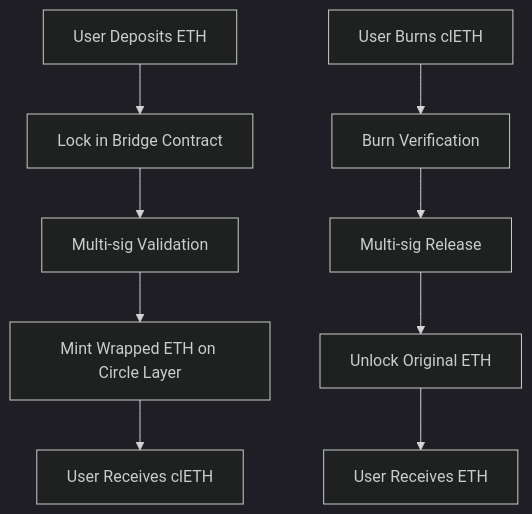
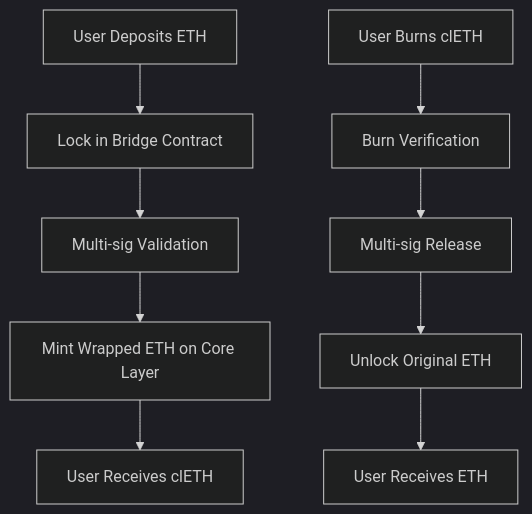
The diagram in docs/development/cross-chain-bridge.md (CLayer-dev/docs), drawn with Mermaid (dark theme) before and after one commit. The commit also changed other lines of this file and 82 other files, not shown here.

Commit message:
updated to circle layer to core layerfor rebranding

````diff
--- a/docs/development/cross-chain-bridge.md
+++ b/docs/development/cross-chain-bridge.md
@@ -30,12 +30,12 @@
 ```mermaid
 graph TD
     A[User Deposits ETH] --> B[Lock in Bridge Contract]
     B --> C[Multi-sig Validation]
-    C --> D[Mint Wrapped ETH on Circle Layer]
+    C --> D[Mint Wrapped ETH on Core Layer]
     D --> E[User Receives clETH]
     
     F[User Burns clETH] --> G[Burn Verification]
     G --> H[Multi-sig Release]
     H --> I[Unlock Original ETH]
     I --> J[User Receives ETH]
 ```
````
